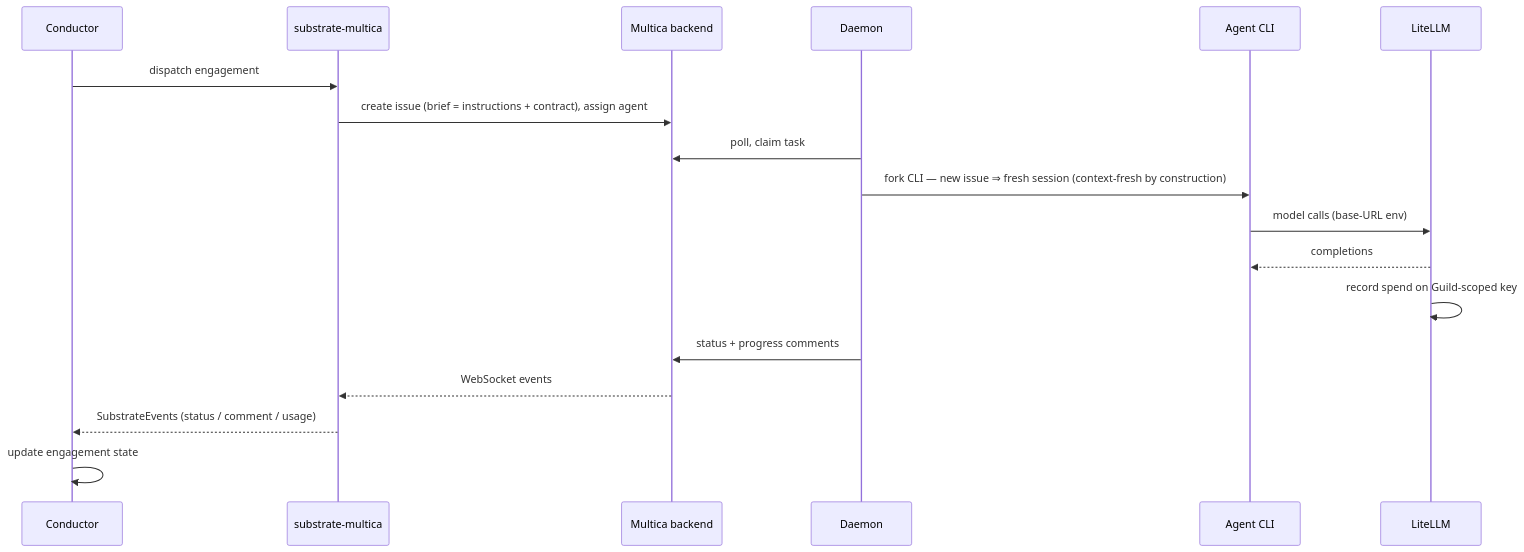
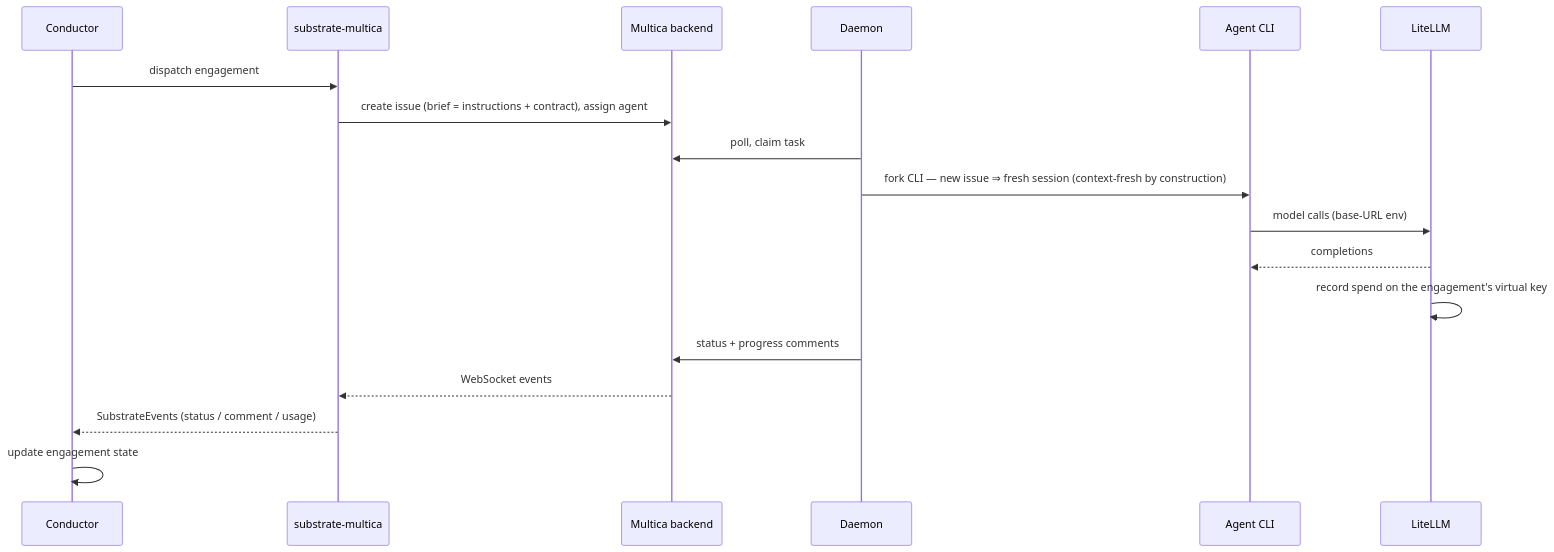
Before and after one commit to maacarbo/guild: the fifth of 8 diagrams in docs/OVERVIEW.md, drawn with Mermaid. The commit also changed other lines of this file and 8 other files, not shown here.

````diff
--- a/docs/OVERVIEW.md
+++ b/docs/OVERVIEW.md
@@ -135,20 +135,20 @@
 ```mermaid
 sequenceDiagram
     participant C as Conductor
     participant A as substrate-multica
     participant BE as Multica backend
     participant DM as Daemon
     participant CLIs as Agent CLI
     participant LLM as LiteLLM
     C->>A: dispatch engagement
     A->>BE: create issue (brief = instructions + contract), assign agent
     DM->>BE: poll, claim task
     DM->>CLIs: fork CLI — new issue ⇒ fresh session (context-fresh by construction)
     CLIs->>LLM: model calls (base-URL env)
     LLM-->>CLIs: completions
-    LLM->>LLM: record spend on Guild-scoped key
+    LLM->>LLM: record spend on the engagement's virtual key
     DM->>BE: status + progress comments
     BE-->>A: WebSocket events
     A-->>C: SubstrateEvents (status / comment / usage)
     C->>C: update engagement state
 ```
````
